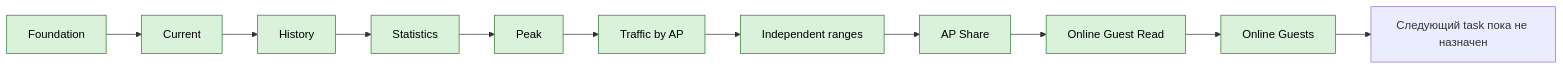
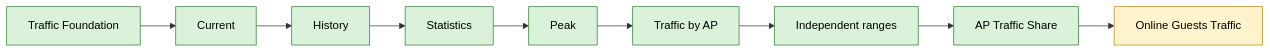
One commit to ZaurNavi/CaptivePortal changed diagram 15 of 17 in README_RU.md. Above: the diagram before and after it, drawn with Mermaid. The commit also changed other lines of this file and 11 other files, not shown here.

````diff
--- a/README_RU.md
+++ b/README_RU.md
@@ -775,6 +775,6 @@
 ```mermaid
 flowchart LR
-    T0[Foundation]:::done --> T1[Current]:::done --> T2[History]:::done --> T3[Statistics]:::done --> T4[Peak]:::done --> T5[Traffic by AP]:::done --> R[Independent ranges]:::done --> T6[AP Share]:::done --> T7R[Online Guest Read]:::done --> T7[Online Guests]:::done
-    T7 --> N[Следующий task пока не назначен]
+    T0[Traffic Foundation]:::done --> T1[Current]:::done --> T2[History]:::done --> T3[Statistics]:::done --> T4[Peak]:::done --> T5[Traffic by AP]:::done --> R[Independent ranges]:::done --> T6[AP Traffic Share]:::done --> T7[Online Guests Traffic]:::next
     classDef done fill:#d9f2d9,stroke:#2e7d32,color:#000;
+    classDef next fill:#fff3cd,stroke:#b8860b,color:#000;
 ```
````
